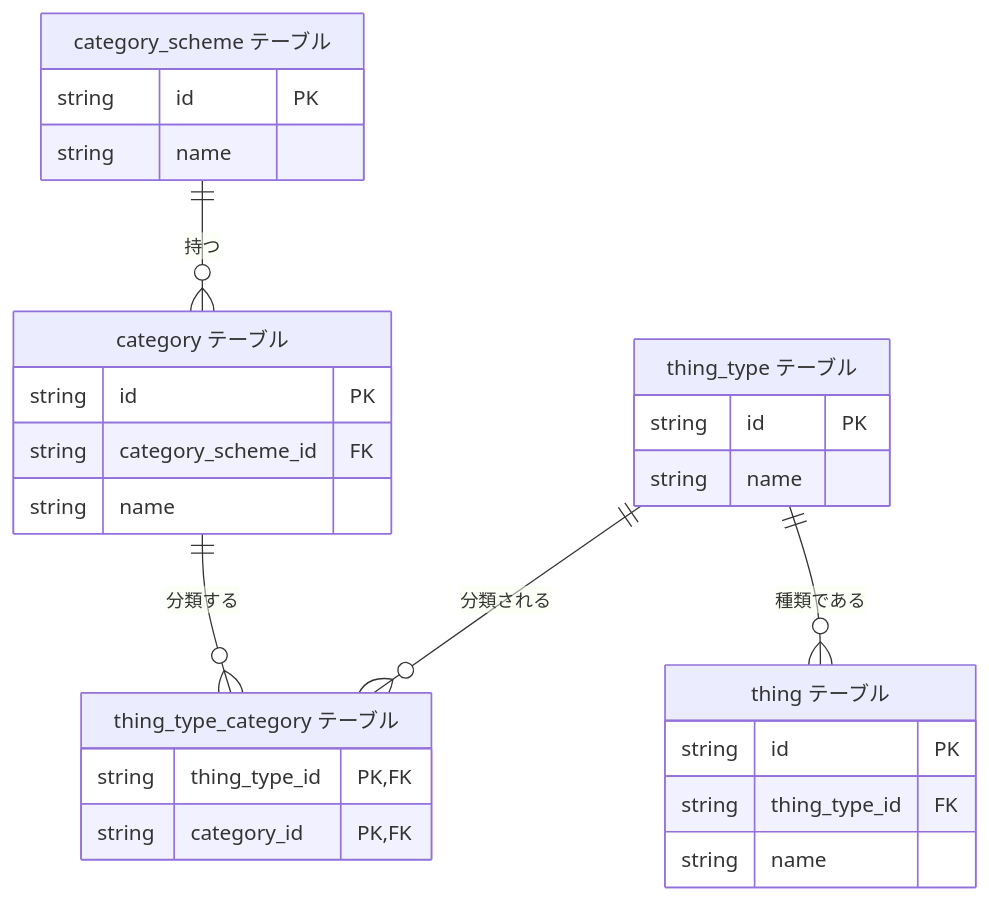
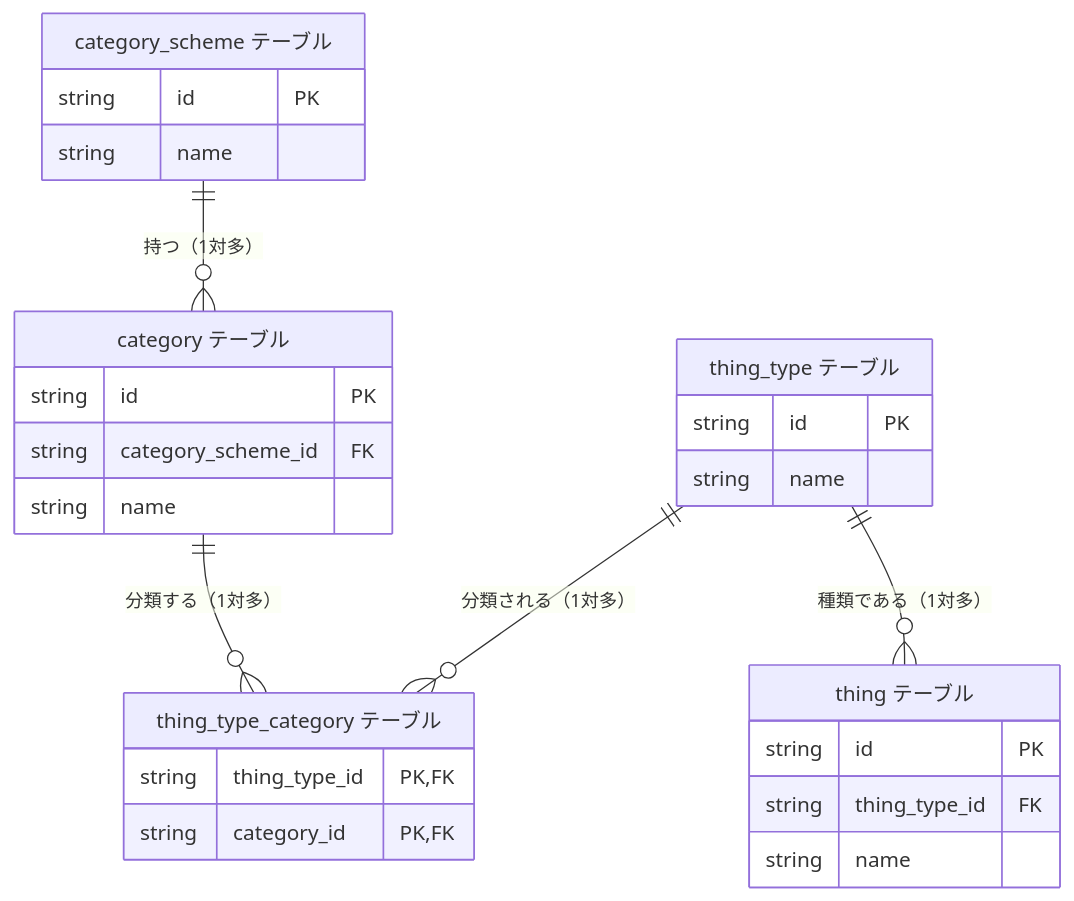
One commit to hiroki-it/tech-notebook changed the first of 30 diagrams in docs/software/software_middleware_database_rdb_er.md. Above: the diagram before and after it, drawn with Mermaid. The commit also changed other lines of this file and 4 other files, not shown here.

````diff
--- a/docs/software/software_middleware_database_rdb_er.md
+++ b/docs/software/software_middleware_database_rdb_er.md
@@ -18,34 +18,34 @@
 ```mermaid
 erDiagram
   category_scheme["category_scheme テーブル"] {
     string id PK
     string name
   }
 
   category["category テーブル"] {
     string id PK
     string category_scheme_id FK
     string name
   }
 
   thing_type["thing_type テーブル"] {
     string id PK
     string name
   }
 
   thing_type_category["thing_type_category テーブル"] {
     string thing_type_id PK,FK
     string category_id PK,FK
   }
 
   thing["thing テーブル"] {
     string id PK
     string thing_type_id FK
     string name
   }
 
-  category_scheme ||--o{ category : "持つ"
-  category ||--o{ thing_type_category : "分類する"
-  thing_type ||--o{ thing_type_category : "分類される"
-  thing_type ||--o{ thing : "種類である"
+  category_scheme ||--o{ category : "持つ（1対多）"
+  category ||--o{ thing_type_category : "分類する（1対多）"
+  thing_type ||--o{ thing_type_category : "分類される（1対多）"
+  thing_type ||--o{ thing : "種類である（1対多）"
 ```
````
